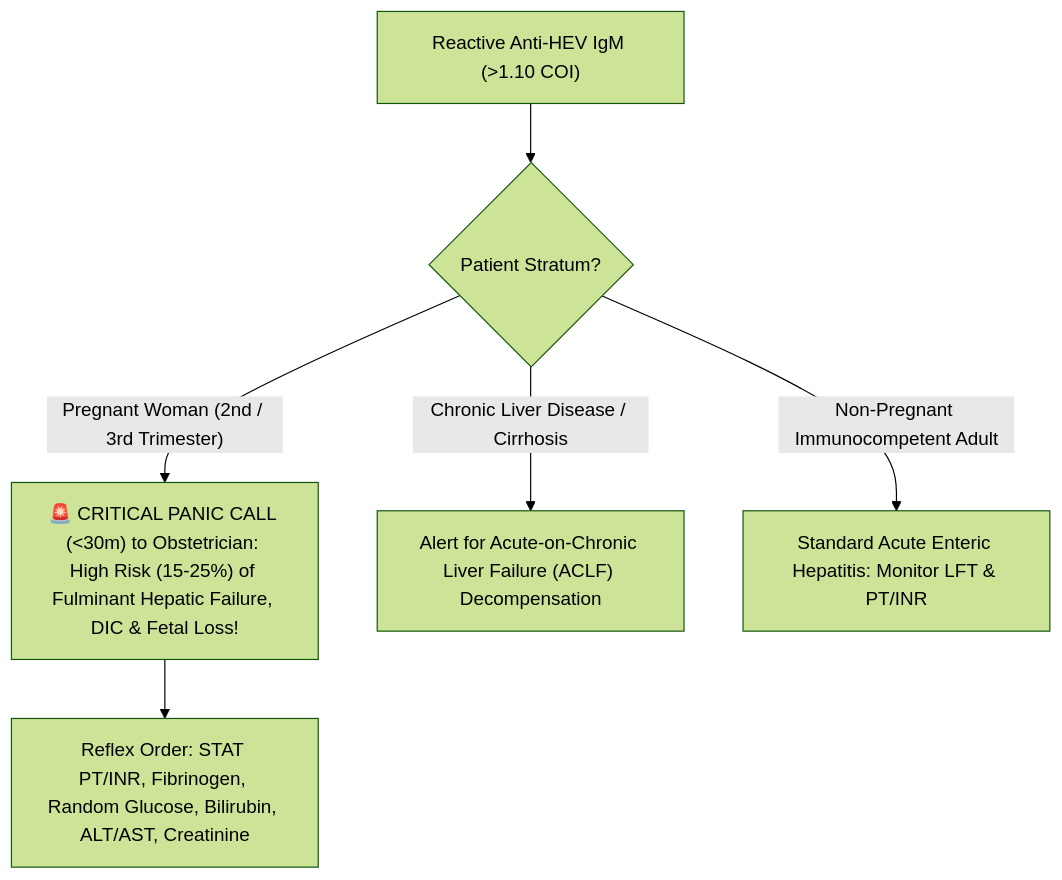
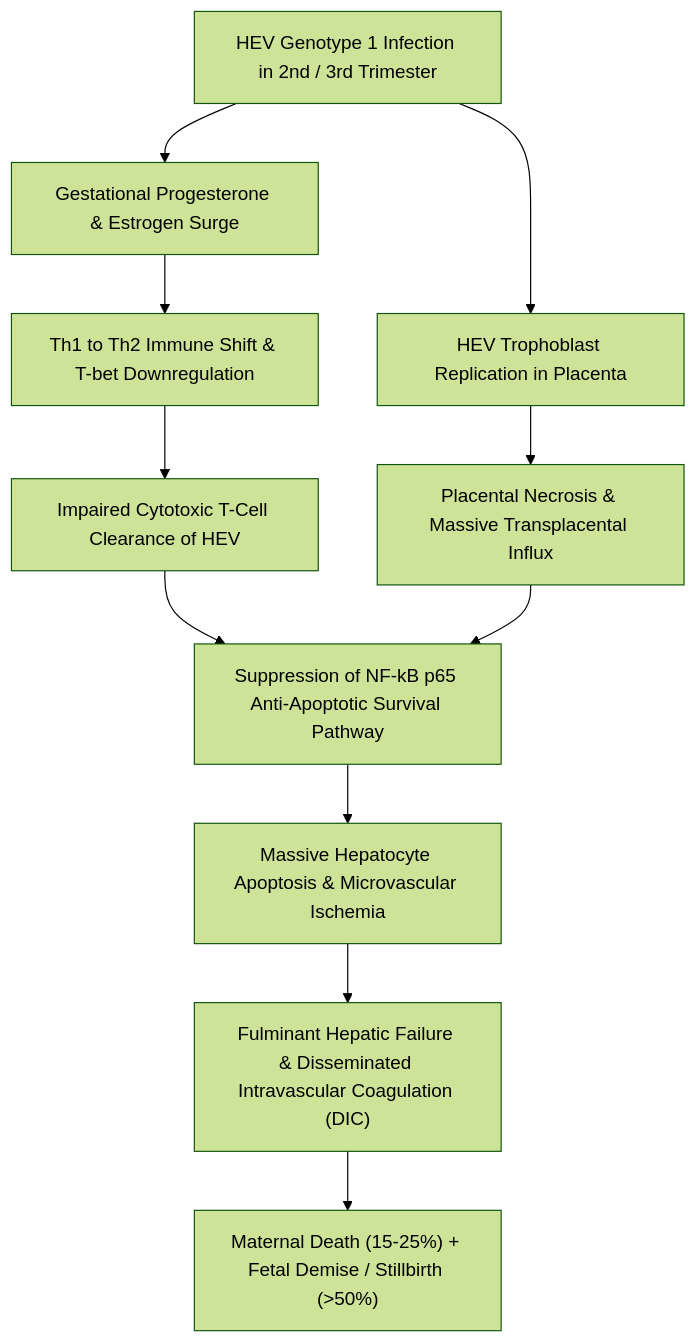
Before and after one commit to sawariyadiagnostic/references-and-interpretations: the second of 4 diagrams in 04_Serology_Infectious_Diseases_and_Immunology/4.2_Viral_Markers_HIV_Hepatitis_Syphilis_TORCH_and_EBV_Cluster/4.2.8_Hepatitis_E_Virus_Anti_HEV_IgM_and_IgG_Fulminant_Pregnancy_Alert.md, drawn with Mermaid (forest theme). The commit also changed other lines of this file and 4 other files, not shown here.

Commit message:
feat(serology): red-team international & above-NABL upgrade of Batch 36 Anti-HBc Total/IgM, Anti-HCV Reflex RNA, Anti-HAV, Anti-HEV Pregnancy Alert, Syphilis VDRL/RPR Prozone

````diff
--- a/04_Serology_Infectious_Diseases_and_Immunology/4.2_Viral_Markers_HIV_Hepatitis_Syphilis_TORCH_and_EBV_Cluster/4.2.8_Hepatitis_E_Virus_Anti_HEV_IgM_and_IgG_Fulminant_Pregnancy_Alert.md
+++ b/04_Serology_Infectious_Diseases_and_Immunology/4.2_Viral_Markers_HIV_Hepatitis_Syphilis_TORCH_and_EBV_Cluster/4.2.8_Hepatitis_E_Virus_Anti_HEV_IgM_and_IgG_Fulminant_Pregnancy_Alert.md
@@ -89,8 +103,12 @@
 ```mermaid
 flowchart TD
-    A["Reactive Anti-HEV IgM (>1.10 COI)"] --> B{"Patient Stratum?"}
-    B -->|"Pregnant Woman (2nd / 3rd Trimester)"| C["🚨 CRITICAL PANIC CALL (<30m) to Obstetrician: High Risk (15-25%) of Fulminant Hepatic Failure, DIC & Fetal Loss!"]
-    C --> D["Reflex Order: STAT PT/INR, Fibrinogen, Random Glucose, Bilirubin, ALT/AST, Creatinine"]
-    B -->|"Chronic Liver Disease / Cirrhosis"| E["Alert for Acute-on-Chronic Liver Failure (ACLF) Decompensation"]
-    B -->|"Non-Pregnant Immunocompetent Adult"| F["Standard Acute Enteric Hepatitis: Monitor LFT & PT/INR"]
+    A["HEV Genotype 1 Infection in 2nd / 3rd Trimester"] --> B["Gestational Progesterone & Estrogen Surge"]
+    B --> C["Th1 to Th2 Immune Shift & T-bet Downregulation"]
+    C --> D["Impaired Cytotoxic T-Cell Clearance of HEV"]
+    A --> E["HEV Trophoblast Replication in Placenta"]
+    E --> F["Placental Necrosis & Massive Transplacental Influx"]
+    D & F --> G["Suppression of NF-kB p65 Anti-Apoptotic Survival Pathway"]
+    G --> H["Massive Hepatocyte Apoptosis & Microvascular Ischemia"]
+    H --> I["Fulminant Hepatic Failure & Disseminated Intravascular Coagulation (DIC)"]
+    I --> J["Maternal Death (15-25%) + Fetal Demise / Stillbirth (>50%)"]
 ```
````
